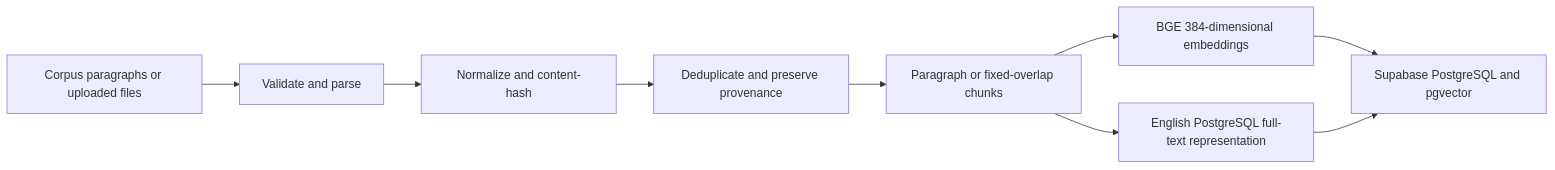
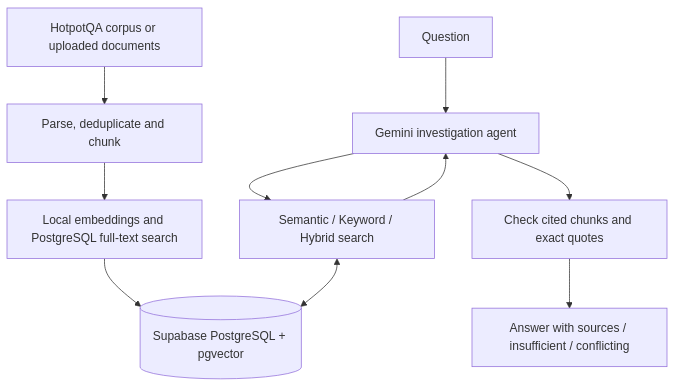
One commit to nikalab7/Evidence_AI changed the diagram in README.md. Above: the diagram before and after it, drawn with Mermaid. The commit also changed other lines of this file and 11 other files, not shown here.

````diff
--- a/README.md
+++ b/README.md
@@ -62,11 +43,12 @@
 ```mermaid
-flowchart LR
-  A[Corpus paragraphs or uploaded files] --> B[Validate and parse]
-  B --> C[Normalize and content-hash]
-  C --> D[Deduplicate and preserve provenance]
-  D --> E[Paragraph or fixed-overlap chunks]
-  E --> F[BGE 384-dimensional embeddings]
-  E --> G[English PostgreSQL full-text representation]
-  F --> H[Supabase PostgreSQL and pgvector]
-  G --> H
+flowchart TD
+    A[HotpotQA corpus or uploaded documents] --> B[Parse, deduplicate and chunk]
+    B --> C[Local embeddings and PostgreSQL full-text search]
+    C --> D[(Supabase PostgreSQL + pgvector)]
+    E[Question] --> F[Gemini investigation agent]
+    F --> G[Semantic / Keyword / Hybrid search]
+    G <--> D
+    G --> F
+    F --> H[Check cited chunks and exact quotes]
+    H --> I[Answer with sources / insufficient / conflicting]
 ```
````
